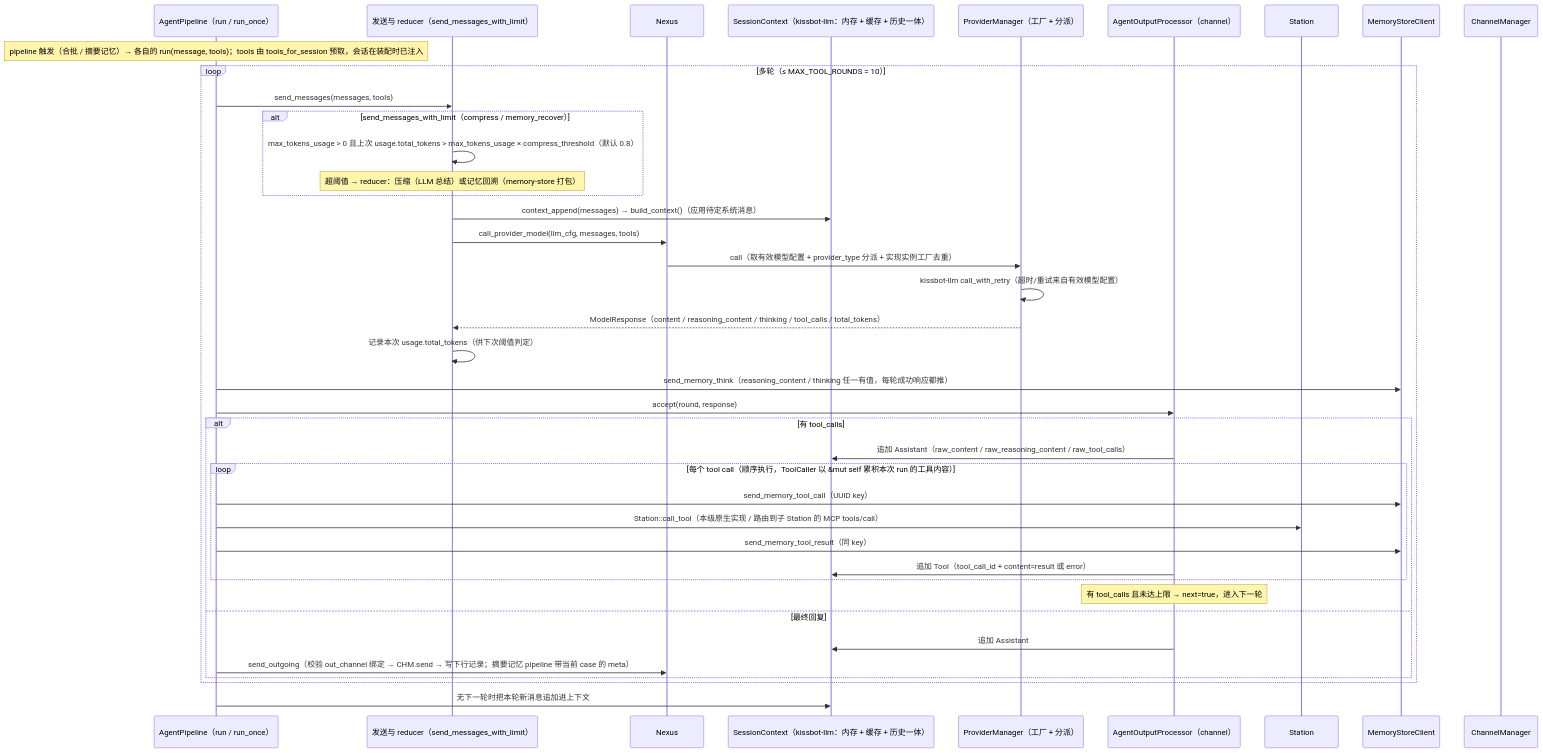
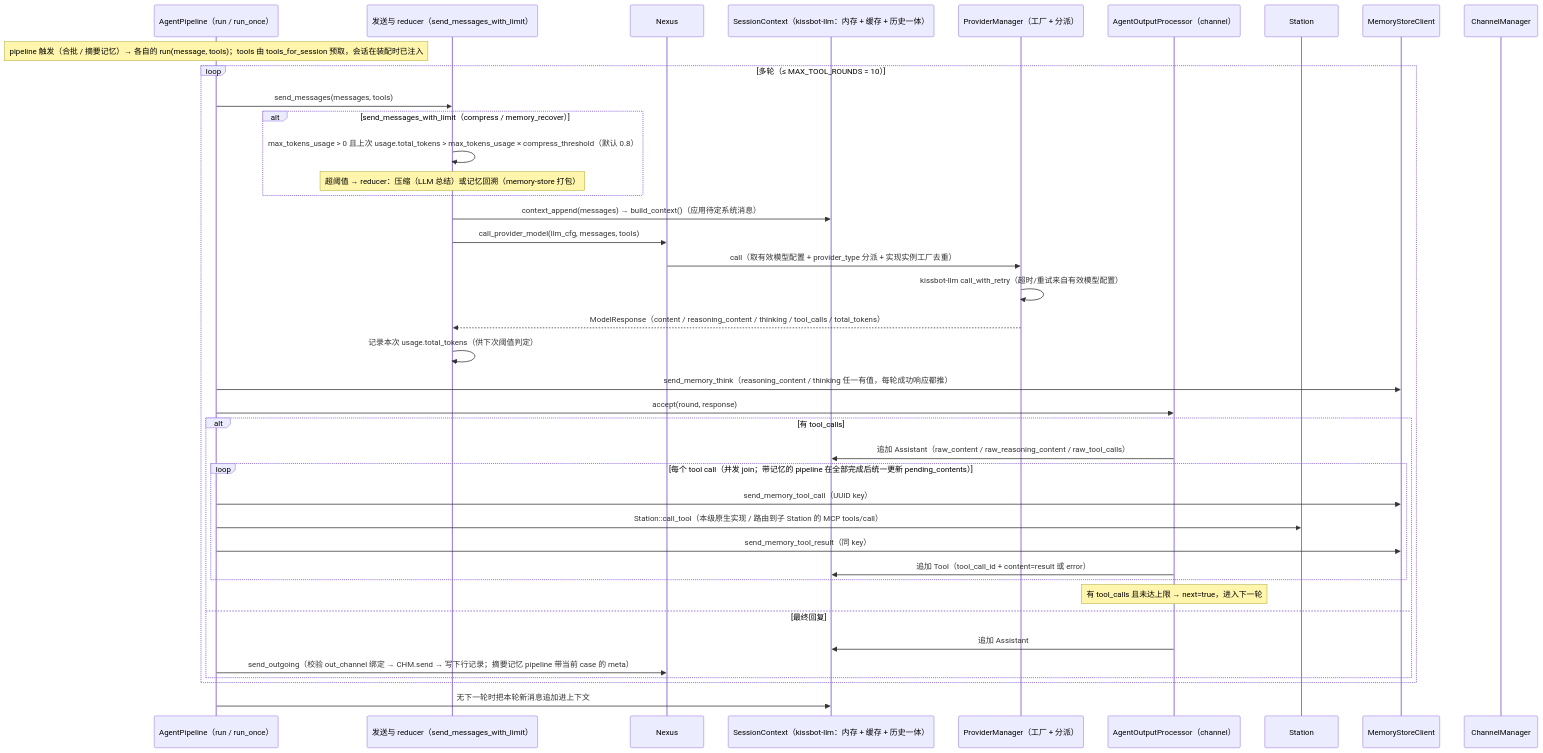
Before and after one commit to coldcloude/kissbot: the fourth of 5 diagrams in docs/spec/agent-modules.md, drawn with Mermaid. The commit also changed other lines of this file and 4 other files, not shown here.

First line of the commit message:
恢复工具调用并发 join_all，去掉 call_tools_dyn / ToolCaller 抽象

````diff
--- a/docs/spec/agent-modules.md
+++ b/docs/spec/agent-modules.md
@@ -184,43 +184,43 @@
 ```mermaid
 sequenceDiagram
     participant PL as AgentPipeline（run / run_once）
     participant MSN as 发送与 reducer（send_messages_with_limit）
     participant CO as Nexus
     participant CTX as SessionContext（kissbot-llm：内存 + 缓存 + 历史一体）
     participant PRV as ProviderManager（工厂 + 分派）
     participant OUT as AgentOutputProcessor（channel）
     participant ST as Station
     participant MSC as MemoryStoreClient
     participant CHM as ChannelManager
 
     Note over PL: pipeline 触发（合批 / 摘要记忆）→ 各自的 run(message, tools)；tools 由 tools_for_session 预取，会话在装配时已注入
     loop 多轮（≤ MAX_TOOL_ROUNDS = 10）
         PL->>MSN: send_messages(messages, tools)
         alt send_messages_with_limit（compress / memory_recover）
             MSN->>MSN: max_tokens_usage > 0 且上次 usage.total_tokens > max_tokens_usage × compress_threshold（默认 0.8）
             Note over MSN: 超阈值 → reducer：压缩（LLM 总结）或记忆回溯（memory-store 打包）
         end
         MSN->>CTX: context_append(messages) → build_context()（应用待定系统消息）
         MSN->>CO: call_provider_model(llm_cfg, messages, tools)
         CO->>PRV: call（取有效模型配置 + provider_type 分派 + 实现实例工厂去重）
         PRV->>PRV: kissbot-llm call_with_retry（超时/重试来自有效模型配置）
         PRV-->>MSN: ModelResponse（content / reasoning_content / thinking / tool_calls / total_tokens）
         MSN->>MSN: 记录本次 usage.total_tokens（供下次阈值判定）
         PL->>MSC: send_memory_think（reasoning_content / thinking 任一有值，每轮成功响应都推）
         PL->>OUT: accept(round, response)
         alt 有 tool_calls
             OUT->>CTX: 追加 Assistant（raw_content / raw_reasoning_content / raw_tool_calls）
-            loop 每个 tool call（顺序执行，ToolCaller 以 &mut self 累积本次 run 的工具内容）
+            loop 每个 tool call（并发 join；带记忆的 pipeline 在全部完成后统一更新 pending_contents）
                 PL->>MSC: send_memory_tool_call（UUID key）
                 PL->>ST: Station::call_tool（本级原生实现 / 路由到子 Station 的 MCP tools/call）
                 PL->>MSC: send_memory_tool_result（同 key）
                 OUT->>CTX: 追加 Tool（tool_call_id + content=result 或 error）
             end
             Note over OUT: 有 tool_calls 且未达上限 → next=true，进入下一轮
         else 最终回复
             OUT->>CTX: 追加 Assistant
             PL->>CO: send_outgoing（校验 out_channel 绑定 → CHM.send → 写下行记录；摘要记忆 pipeline 带当前 case 的 meta）
         end
     end
     PL->>CTX: 无下一轮时把本轮新消息追加进上下文
 ```
````
